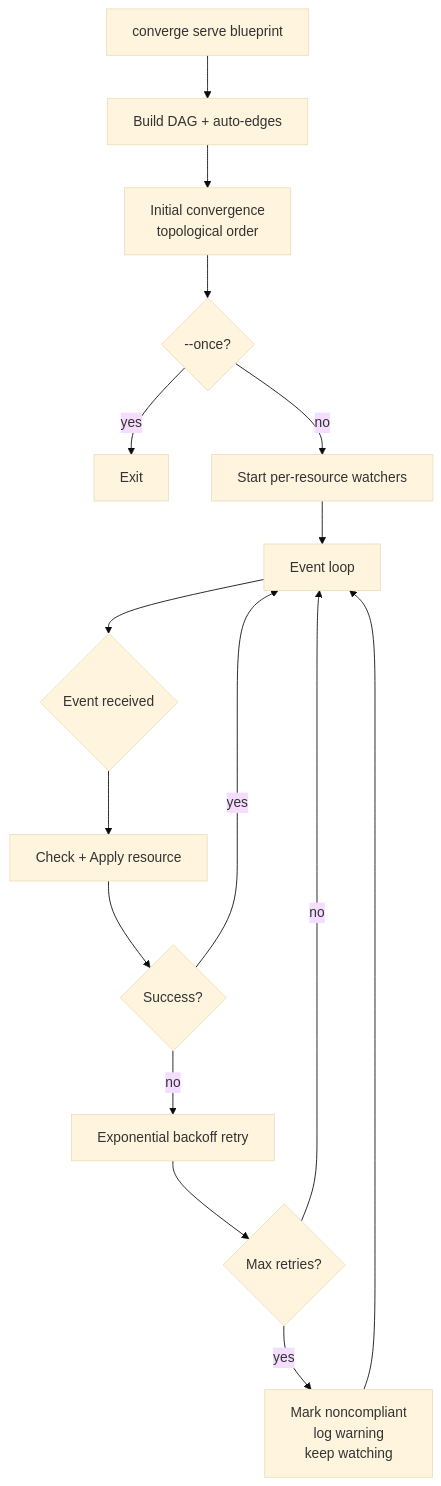
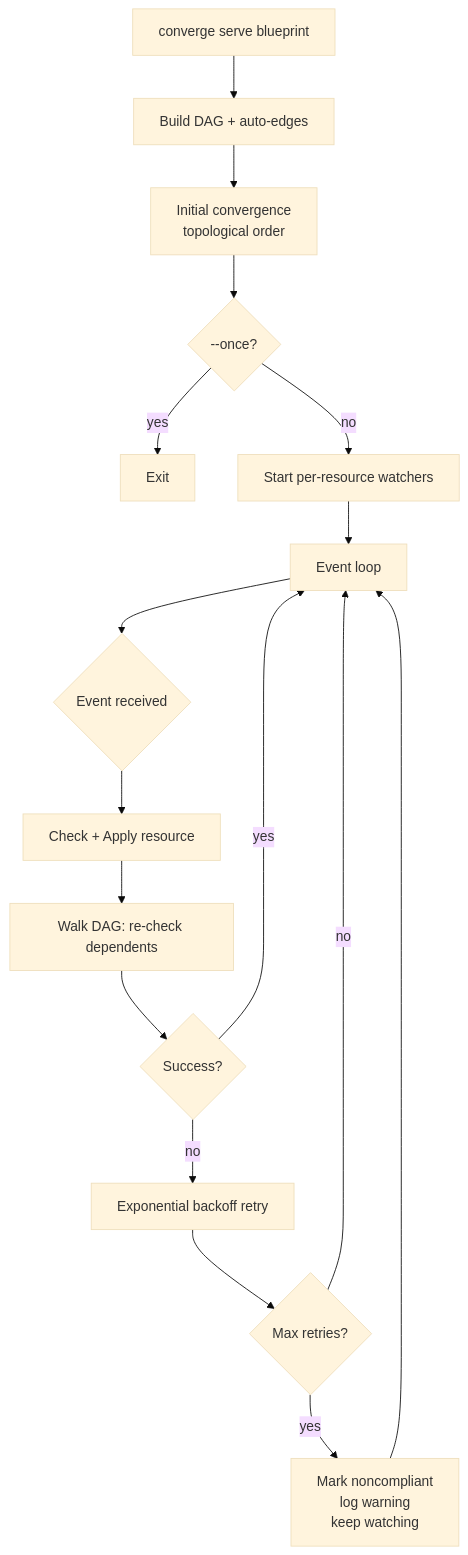
Before and after one commit to TsekNet/converge: the third of 4 diagrams in docs/design.md, drawn with Mermaid (base theme). The commit also changed other lines of this file and 4 other files, not shown here.

First line of the commit message:
docs: Restructure docs to lead with DAG and event-driven architecture

````diff
--- a/docs/design.md
+++ b/docs/design.md
@@ -205,18 +251,19 @@
 ```mermaid
 flowchart TD
     A[converge serve blueprint] --> B[Build DAG + auto-edges]
     B --> C[Initial convergence<br/>topological order]
     C --> D{--once?}
     D -->|yes| E[Exit]
     D -->|no| F[Start per-resource watchers]
     F --> G[Event loop]
     G --> H{Event received}
     H --> I[Check + Apply resource]
-    I --> J{Success?}
-    J -->|yes| G
-    J -->|no| K[Exponential backoff retry]
-    K --> L{Max retries?}
-    L -->|no| G
-    L -->|yes| M[Mark noncompliant<br/>log warning<br/>keep watching]
-    M --> G
+    I --> J[Walk DAG: re-check dependents]
+    J --> K{Success?}
+    K -->|yes| G
+    K -->|no| L[Exponential backoff retry]
+    L --> M{Max retries?}
+    M -->|no| G
+    M -->|yes| N[Mark noncompliant<br/>log warning<br/>keep watching]
+    N --> G
 ```
````
